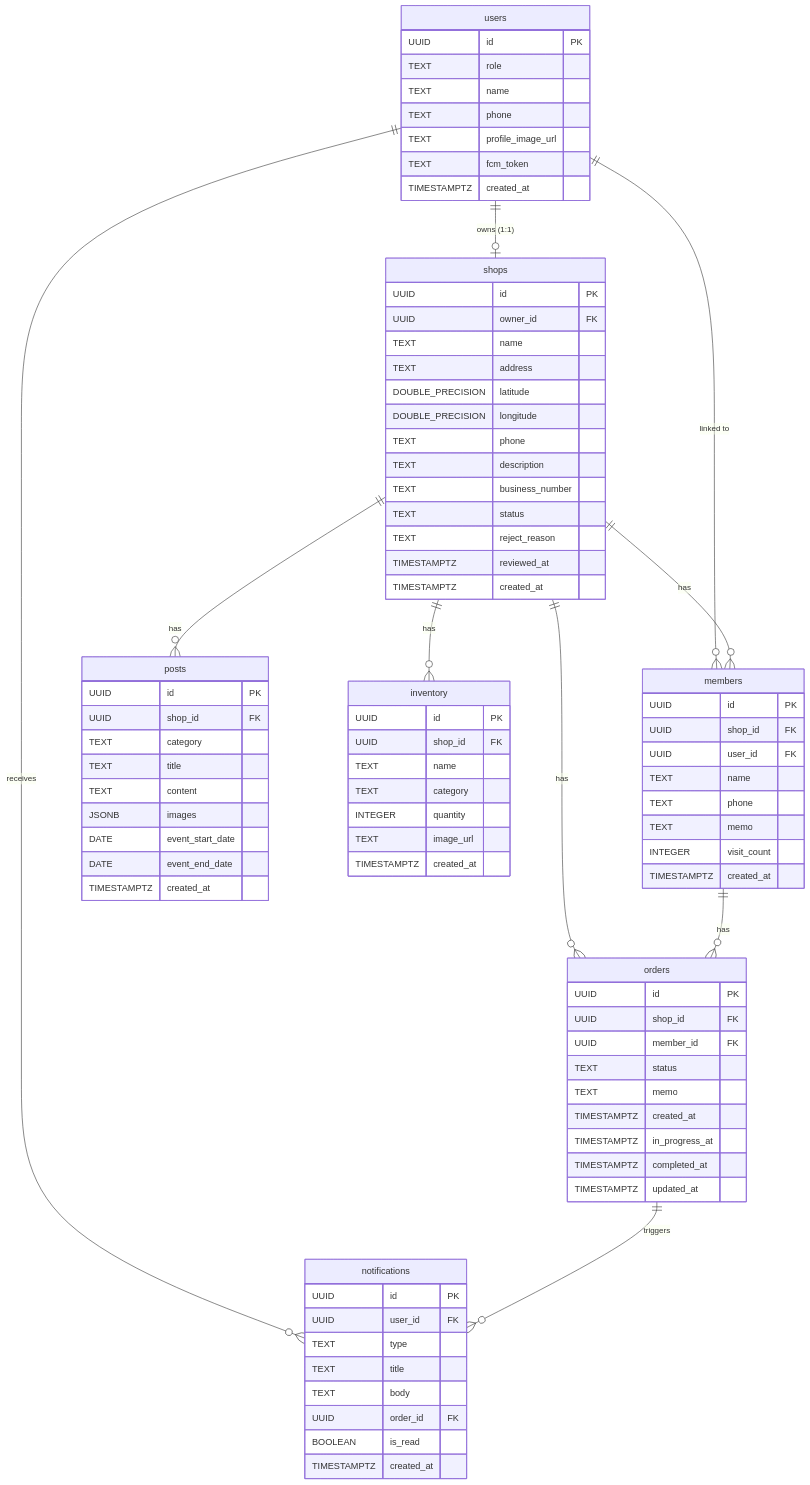
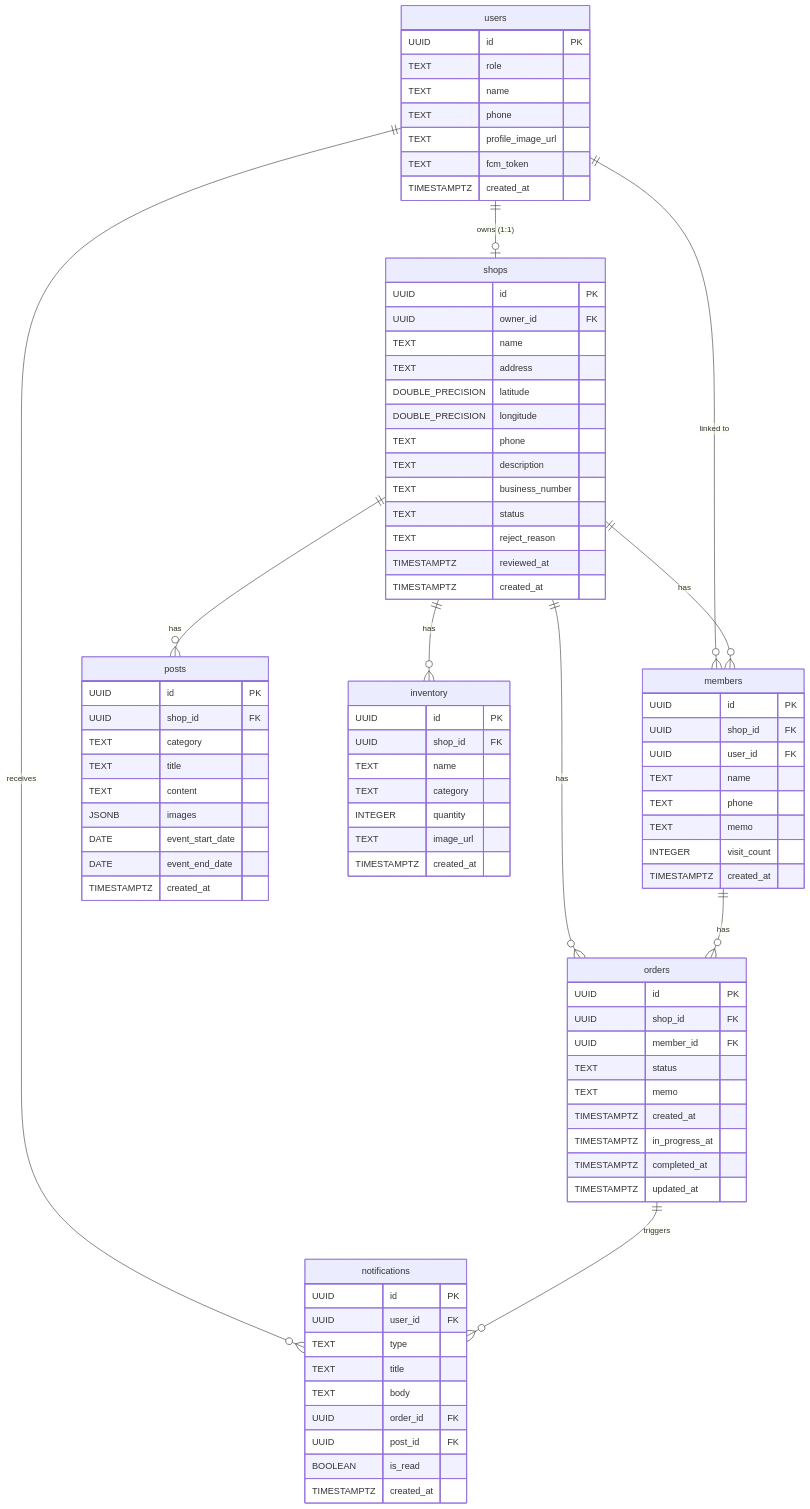
One commit to Pakkoc/badminton_app changed the diagram in docs/database.md. Above: the diagram before and after it, drawn with Mermaid. The commit also changed other lines of this file and 2 other files, not shown here.

```diff
--- a/docs/database.md
+++ b/docs/database.md
@@ -302,6 +303,7 @@
         TEXT title
         TEXT body
         UUID order_id FK
+        UUID post_id FK
         BOOLEAN is_read
         TIMESTAMPTZ created_at
     }
```
